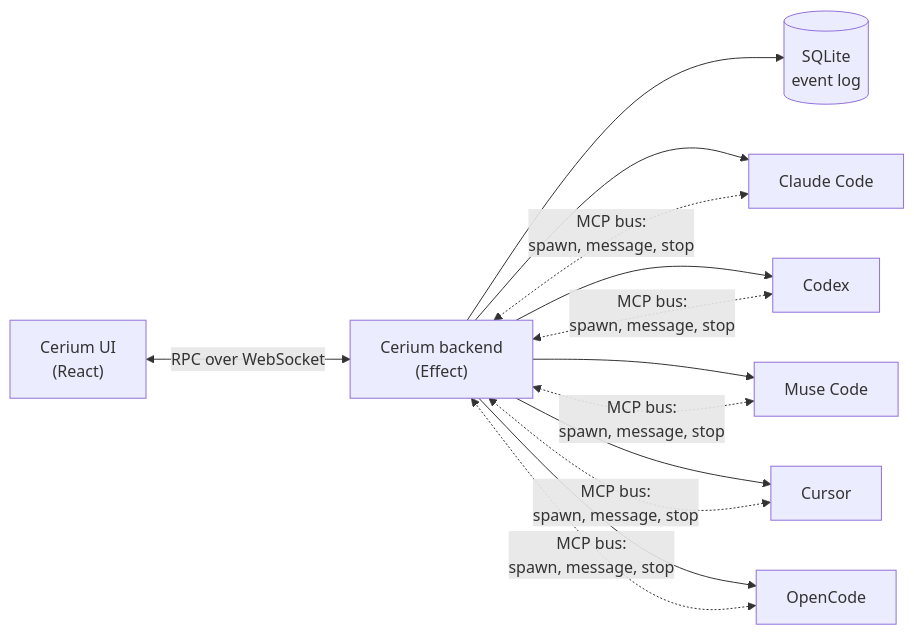
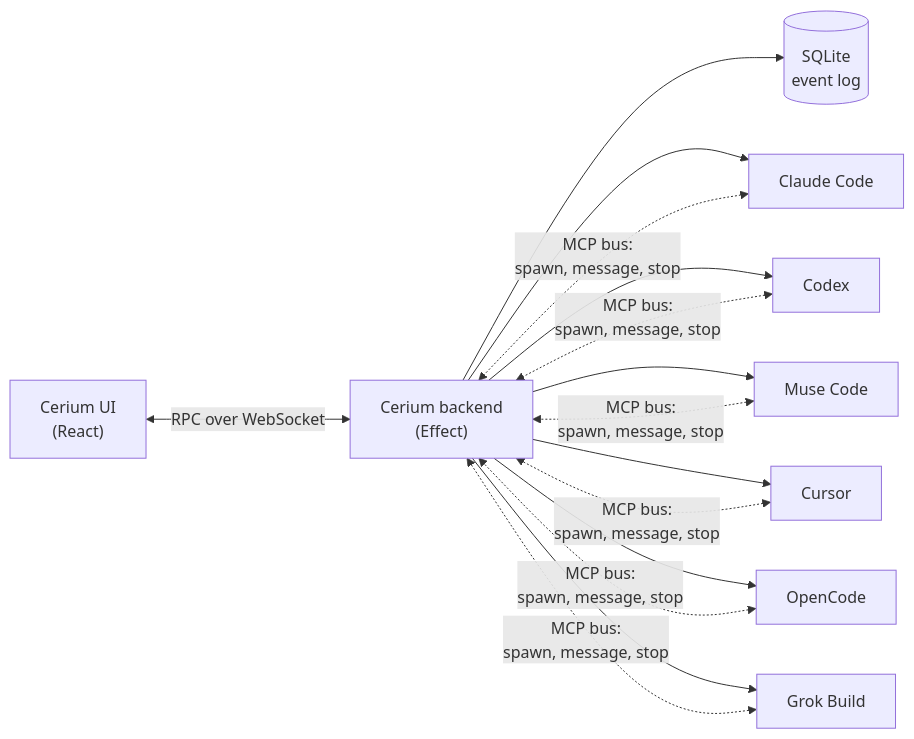
Before and after one commit to CeriumHQ/cerium: the diagram in README.md, drawn with Mermaid. The commit also changed other lines of this file and 2 other files, not shown here.

Commit message:
docs: list Grok Build among Cerium's harnesses

````diff
--- a/README.md
+++ b/README.md
@@ -128,11 +130,12 @@
 ```mermaid
 flowchart LR
   UI["Cerium UI<br/>(React)"] <-- "RPC over WebSocket" --> Backend["Cerium backend<br/>(Effect)"]
   Backend --> Store[("SQLite<br/>event log")]
   Backend --> Claude["Claude Code"]
   Backend --> Codex["Codex"]
   Backend --> Muse["Muse Code"]
   Backend --> Cursor["Cursor"]
   Backend --> OpenCode["OpenCode"]
-  Claude & Codex & Muse & Cursor & OpenCode <-. "MCP bus:<br/>spawn, message, stop" .-> Backend
+  Backend --> Grok["Grok Build"]
+  Claude & Codex & Muse & Cursor & OpenCode & Grok <-. "MCP bus:<br/>spawn, message, stop" .-> Backend
 ```
````
